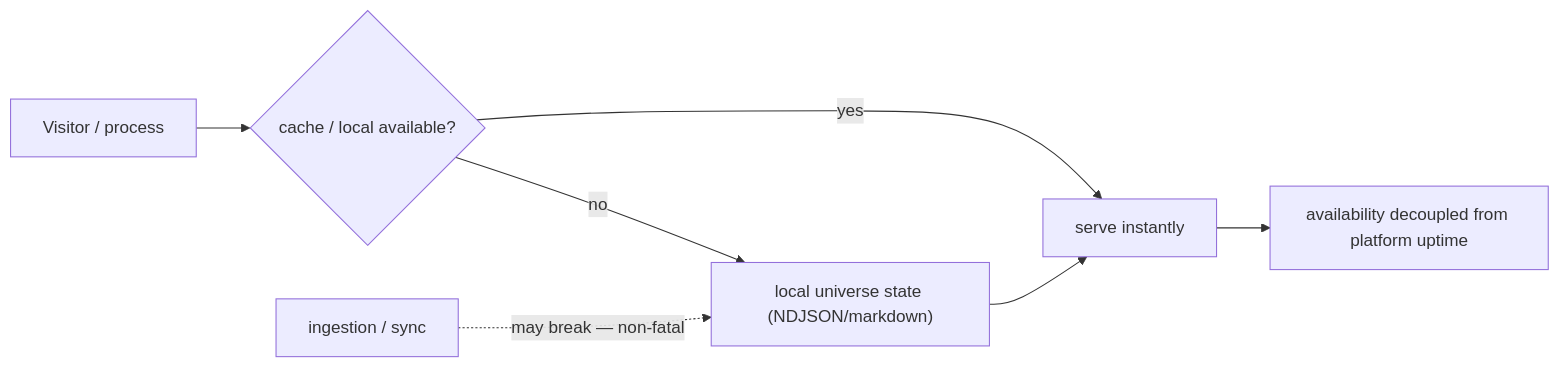
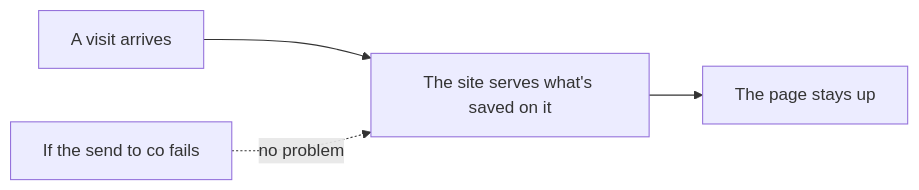
One commit to artelonga/ArteLonga changed the fifth of 6 diagrams in docs/intelligence-as-a-service.en.md. Above: the diagram before and after it, drawn with Mermaid. The commit also changed other lines of this file and 43 other files, not shown here.

First line of the commit message:
feat(docs): diagramas simples e legíveis (sem jargão) em todas as docs (#89)

````diff
--- a/docs/intelligence-as-a-service.en.md
+++ b/docs/intelligence-as-a-service.en.md
@@ -227,9 +205,6 @@
 ```mermaid
 flowchart LR
-  V["Visitor / process"] --> Q{"cache / local available?"}
-  Q -->|yes| SERVE["serve instantly"]
-  Q -->|no| LOCAL["local universe state (NDJSON/markdown)"]
-  LOCAL --> SERVE
-  INGEST["ingestion / sync"] -. "may break — non-fatal" .-> LOCAL
-  SERVE --> NOTE["availability decoupled from platform uptime"]
+  V["A visit arrives"] --> S["The site serves what's saved on it"]
+  X["If the send to co fails"] -. "no problem" .-> S
+  S --> OK["The page stays up"]
 ```
````
